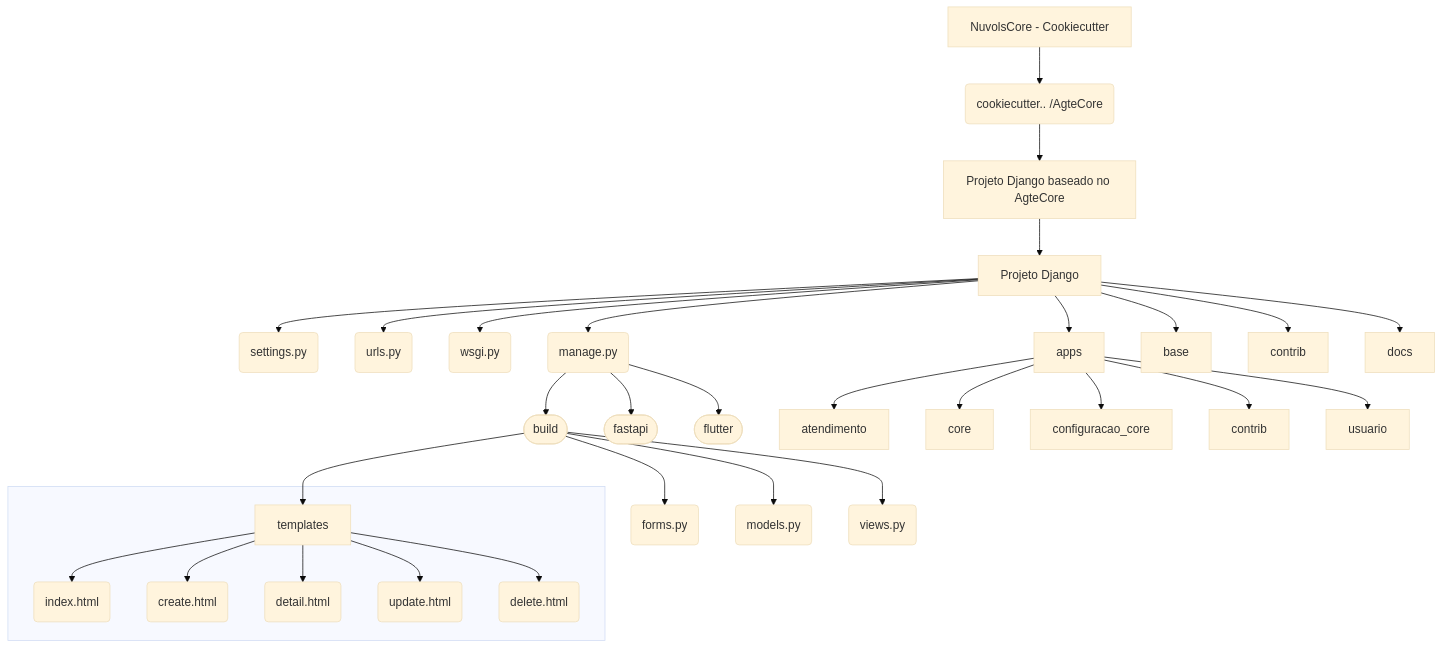
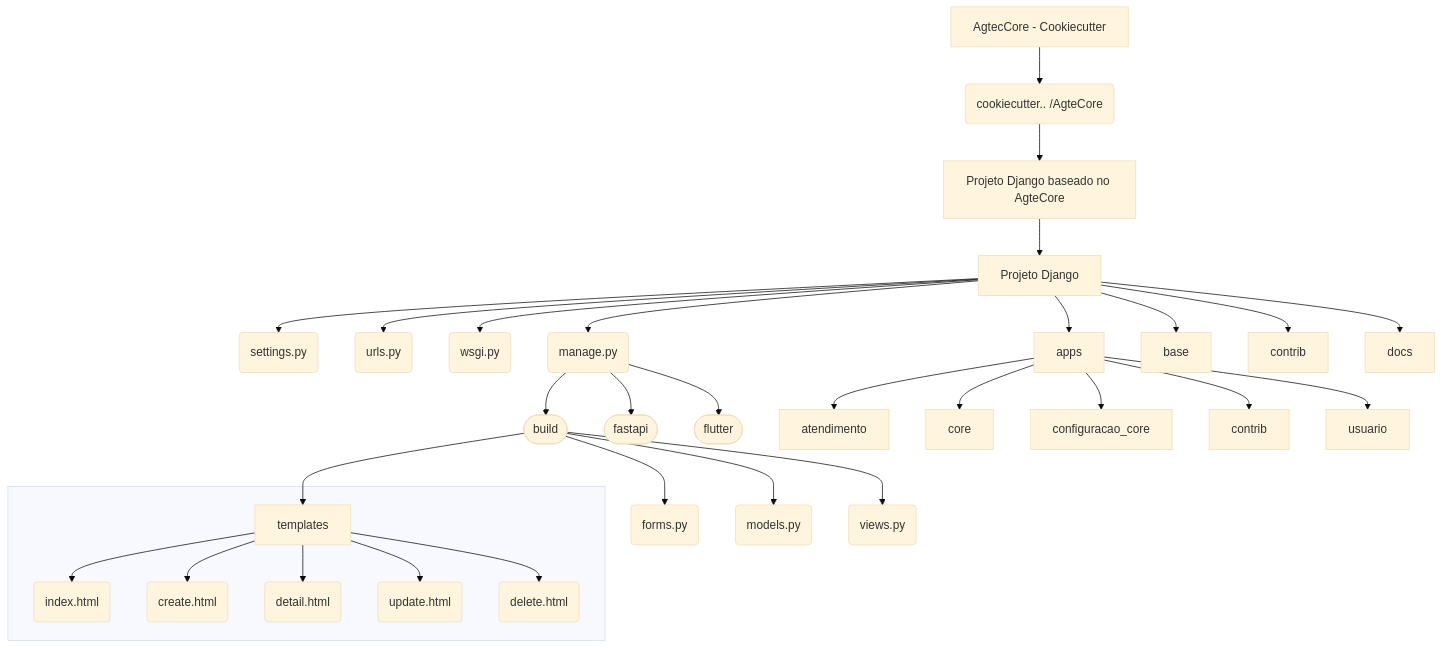
Before and after one commit to AgtecPalmas/AgtecCore: the diagram in README.md, drawn with Mermaid (base theme). The commit also changed other lines of this file and 88 other files, not shown here.

````diff
--- a/README.md
+++ b/README.md
@@ -166,35 +166,35 @@
 ```mermaid
 flowchart TD
-    A[ NuvolsCore - Cookiecutter ]
+    A[ AgtecCore - Cookiecutter ]
 A --> B( cookiecutter.. /AgteCore )
 B --> D[ Projeto Django baseado no AgteCore]
 D --> E[ Projeto Django ]
 E --> F( settings.py )
 E --> G( urls.py )
 E --> H( wsgi.py )
 E --> I( manage.py )
 I --> T([ build ])
 I --> U([ fastapi])
 I --> v([ flutter ])
 E --> J[ apps ]
 J --> K[ atendimento ]
 J --> M[ core ]
 J --> N[ configuracao_core ]
 J --> O[ contrib ]
 J --> S[ usuario ]
 E --> P[ base ]
 E --> Q[ contrib ]
 E --> R[ docs]
 T --> X( forms.py )
 T --> Y( models.py )
 T --> Z( views.py )
 T --> AA[ templates ]
 subgraph " "
 AA --> AB( index.html )
 AA --> AC( create.html )
 AA --> AD( detail.html )
 AA --> AE( update.html )
 AA --> AF( delete.html )
 end
 
 ```
````
